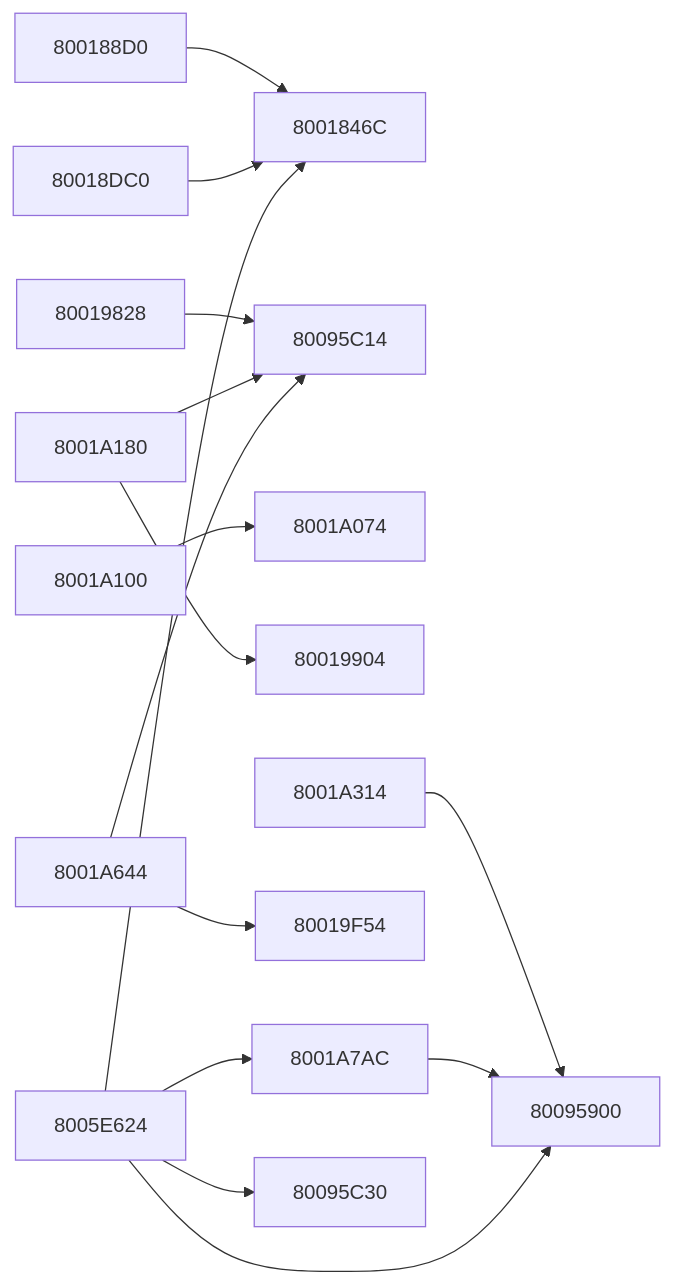
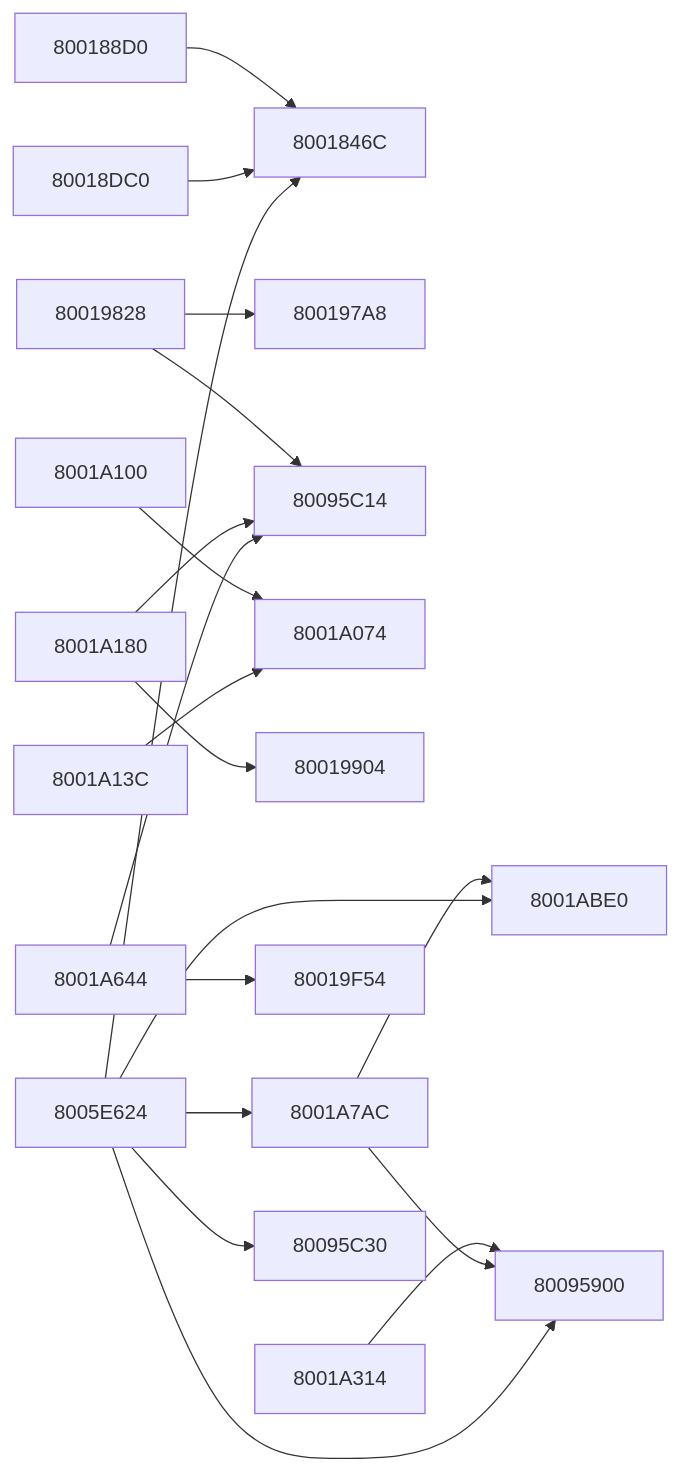
One commit to kai-luni/Future-Cop-L.A.P.D-PS1 changed the tenth of 11 diagrams in docs/FUNCTION_MAP.md. Above: the diagram before and after it, drawn with Mermaid. The commit also changed other lines of this file, not shown here.

````diff
--- a/docs/FUNCTION_MAP.md
+++ b/docs/FUNCTION_MAP.md
@@ -1952,33 +2655,40 @@
 ```mermaid
 graph LR
     f800188d0 --> f8001846c
     f80018dc0 --> f8001846c
+    f80019828 --> f800197a8
     f80019828 --> f80095c14
     f8001a100 --> f8001a074
+    f8001a13c --> f8001a074
     f8001a180 --> f80019904
     f8001a180 --> f80095c14
     f8001a314 --> f80095900
     f8001a644 --> f80019f54
     f8001a644 --> f80095c14
+    f8001a7ac --> f8001abe0
     f8001a7ac --> f80095900
     f8005e624 --> f8001846c
     f8005e624 --> f8001a7ac
+    f8005e624 --> f8001abe0
     f8005e624 --> f80095900
     f8005e624 --> f80095c30
     f8001846c["8001846C"]
     f800188d0["800188D0"]
     f80018dc0["80018DC0"]
+    f800197a8["800197A8"]
     f80019828["80019828"]
     f80019904["80019904"]
     f80019f54["80019F54"]
     f8001a074["8001A074"]
     f8001a100["8001A100"]
+    f8001a13c["8001A13C"]
     f8001a180["8001A180"]
     f8001a314["8001A314"]
     f8001a644["8001A644"]
     f8001a7ac["8001A7AC"]
+    f8001abe0["8001ABE0"]
     f8005e624["8005E624"]
     f80095900["80095900"]
     f80095c14["80095C14"]
     f80095c30["80095C30"]
 ```
````
